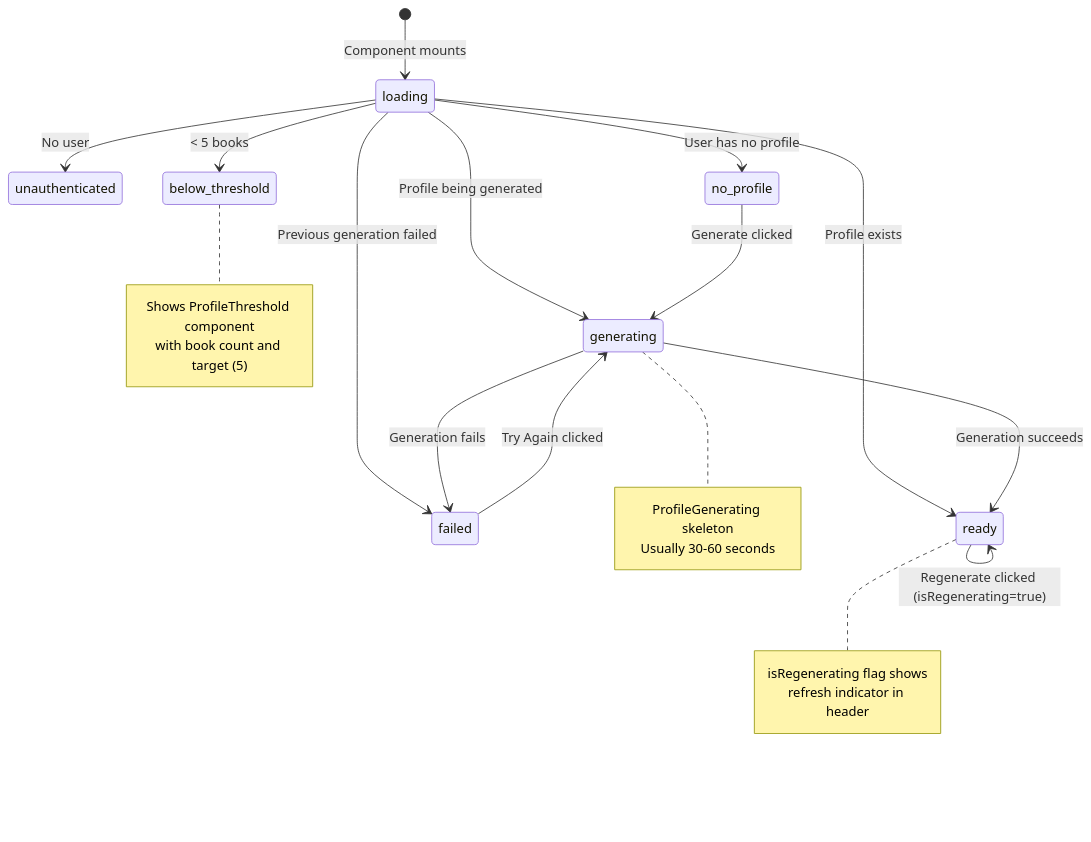
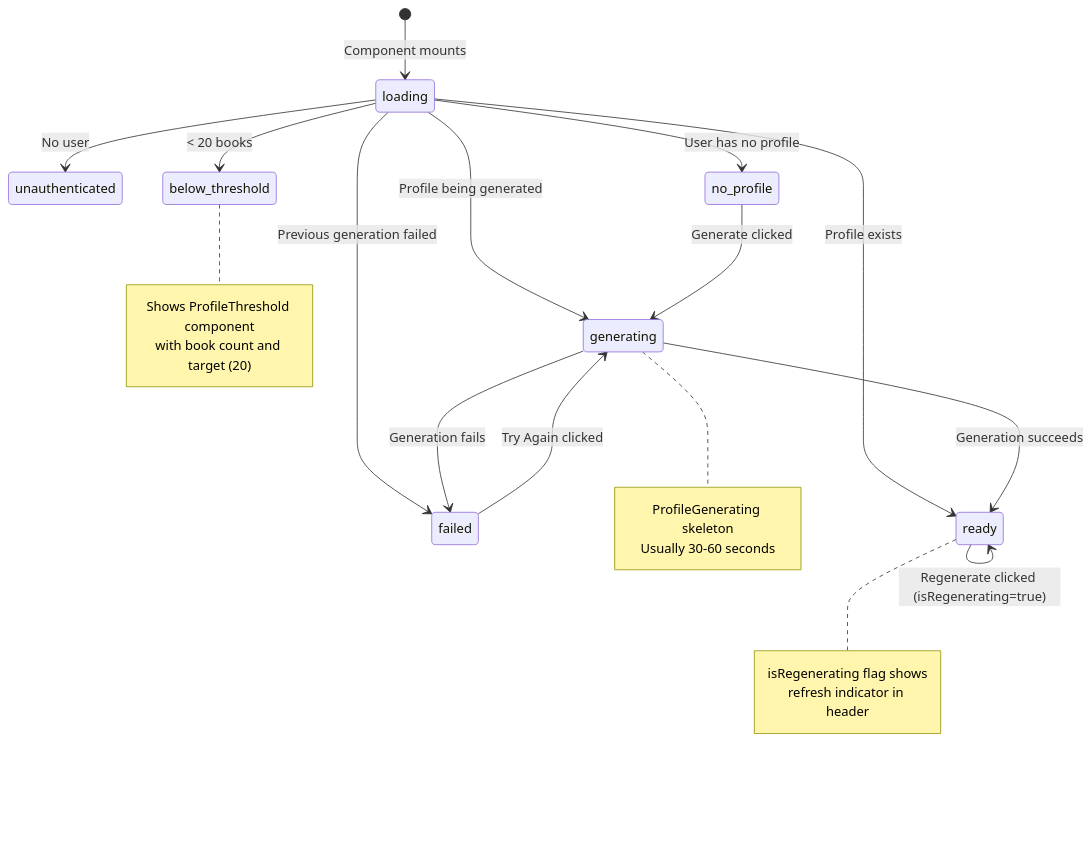
Before and after one commit to misty-step/bibliomnomnom: the first of 2 diagrams in docs/flows/profile-generation.md, drawn with Mermaid. The commit also changed other lines of this file and 5 other files, not shown here.

````diff
--- a/docs/flows/profile-generation.md
+++ b/docs/flows/profile-generation.md
@@ -7,33 +9,33 @@
 ```mermaid
 stateDiagram-v2
     [*] --> loading: Component mounts
 
     loading --> unauthenticated: No user
-    loading --> below_threshold: < 5 books
+    loading --> below_threshold: < 20 books
     loading --> no_profile: User has no profile
     loading --> generating: Profile being generated
     loading --> failed: Previous generation failed
     loading --> ready: Profile exists
 
     no_profile --> generating: Generate clicked
     failed --> generating: Try Again clicked
     ready --> ready: Regenerate clicked (isRegenerating=true)
 
     generating --> ready: Generation succeeds
     generating --> failed: Generation fails
 
     note right of below_threshold
         Shows ProfileThreshold component
-        with book count and target (5)
+        with book count and target (20)
     end note
 
     note right of generating
         ProfileGenerating skeleton
         Usually 30-60 seconds
     end note
 
     note right of ready
         isRegenerating flag shows
         refresh indicator in header
     end note
 ```
````
